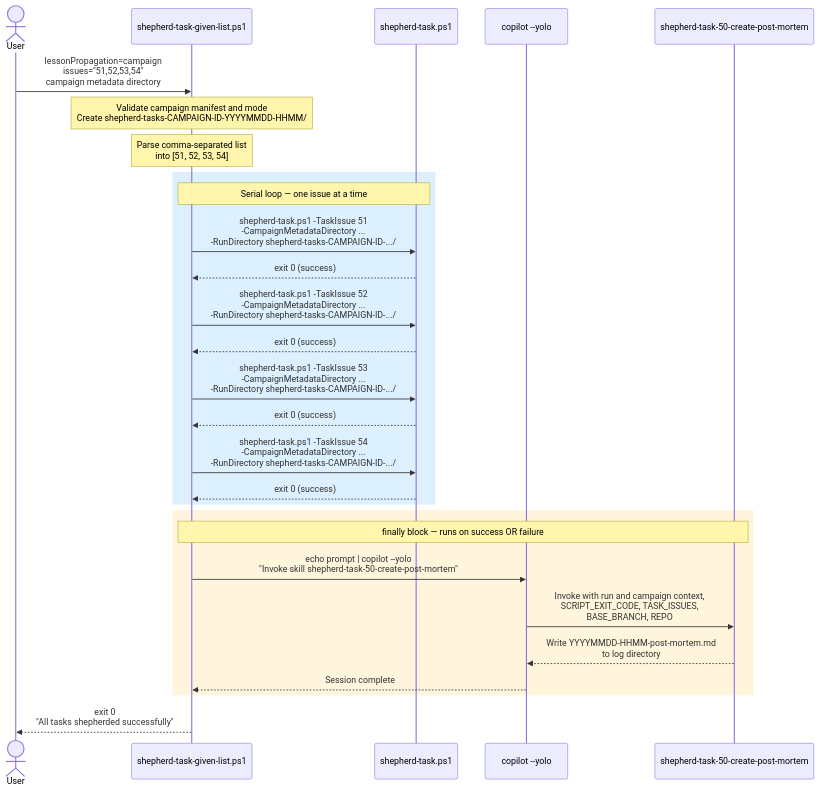
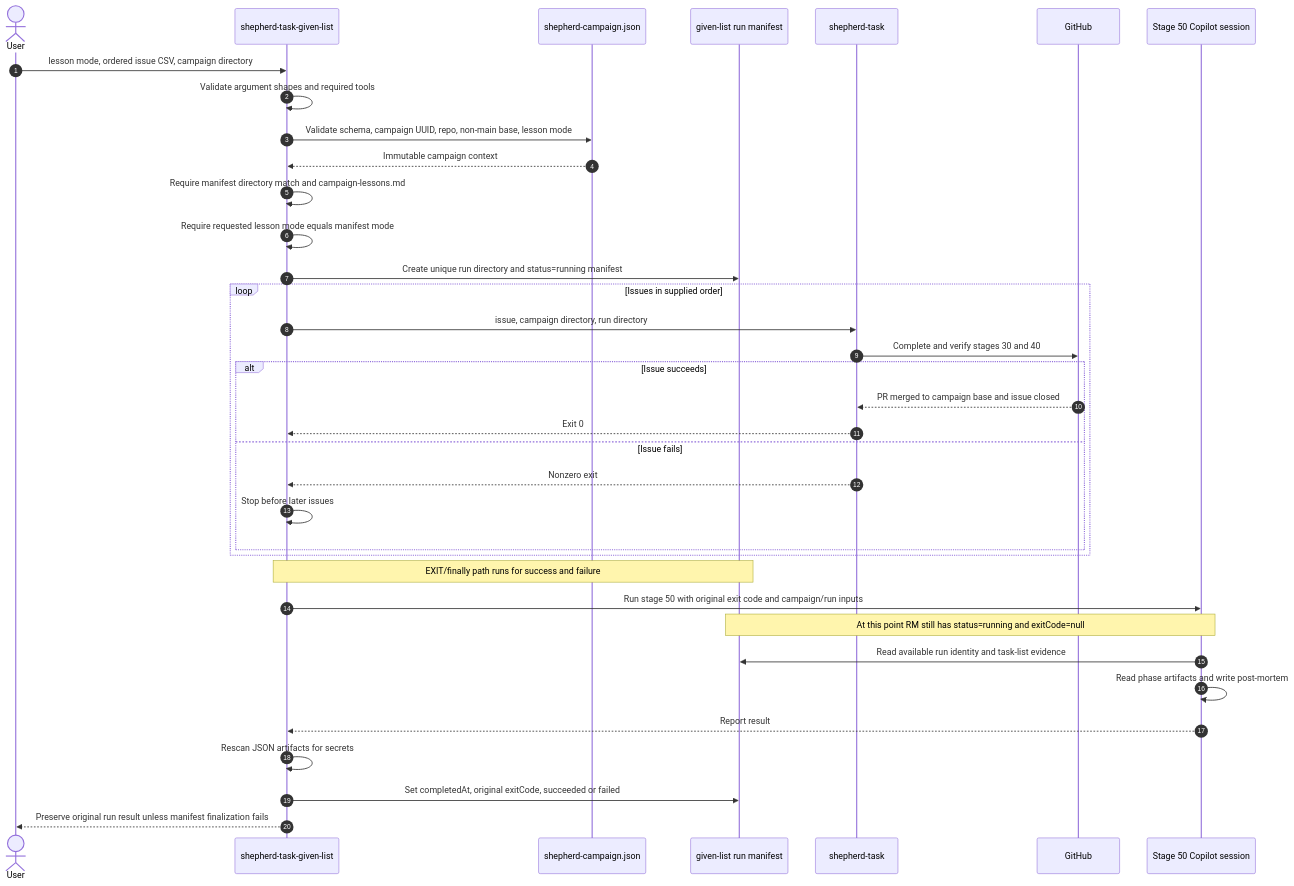
One commit to github/awesome-copilot changed the diagram in plugins/shepherd-task/figure-01-shepherd-task-given-list.md. Above: the diagram before and after it, drawn with Mermaid. The commit also changed other lines of this file and 5 other files, not shown here.

First line of the commit message:
docs: rewrite shepherd-task guide

````diff
--- a/plugins/shepherd-task/figure-01-shepherd-task-given-list.md
+++ b/plugins/shepherd-task/figure-01-shepherd-task-given-list.md
@@ -13,39 +7,41 @@
 ```mermaid
 sequenceDiagram
+    autonumber
     actor User
-    participant STGL as shepherd-task-given-list.ps1
-    participant ST as shepherd-task.ps1
-    participant Copilot as copilot --yolo
-    participant PostMortem as shepherd-task-50-create-post-mortem
+    participant GL as shepherd-task-given-list
+    participant CM as shepherd-campaign.json
+    participant RM as given-list run manifest
+    participant ST as shepherd-task
+    participant GH as GitHub
+    participant PM as Stage 50 Copilot session
 
-    User->>STGL: lessonPropagation=campaign<br/>issues="51,52,53,54"<br/>campaign metadata directory
+    User->>GL: lesson mode, ordered issue CSV, campaign directory
+    GL->>GL: Validate argument shapes and required tools
+    GL->>CM: Validate schema, campaign UUID, repo, non-main base, lesson mode
+    CM-->>GL: Immutable campaign context
+    GL->>GL: Require manifest directory match and campaign-lessons.md
+    GL->>GL: Require requested lesson mode equals manifest mode
+    GL->>RM: Create unique run directory and status=running manifest
 
-    Note over STGL: Validate campaign manifest and mode<br/>Create shepherd-tasks-CAMPAIGN-ID-YYYYMMDD-HHMM/
-
-    Note over STGL: Parse comma-separated list<br/>into [51, 52, 53, 54]
-
-    rect rgb(220, 240, 255)
-        Note over STGL,ST: Serial loop — one issue at a time
-        STGL->>ST: shepherd-task.ps1 -TaskIssue 51<br/>-CampaignMetadataDirectory ...<br/>-RunDirectory shepherd-tasks-CAMPAIGN-ID-.../
-        ST-->>STGL: exit 0 (success)
-
-        STGL->>ST: shepherd-task.ps1 -TaskIssue 52<br/>-CampaignMetadataDirectory ...<br/>-RunDirectory shepherd-tasks-CAMPAIGN-ID-.../
-        ST-->>STGL: exit 0 (success)
-
-        STGL->>ST: shepherd-task.ps1 -TaskIssue 53<br/>-CampaignMetadataDirectory ...<br/>-RunDirectory shepherd-tasks-CAMPAIGN-ID-.../
-        ST-->>STGL: exit 0 (success)
-
-        STGL->>ST: shepherd-task.ps1 -TaskIssue 54<br/>-CampaignMetadataDirectory ...<br/>-RunDirectory shepherd-tasks-CAMPAIGN-ID-.../
-        ST-->>STGL: exit 0 (success)
+    loop Issues in supplied order
+        GL->>ST: issue, campaign directory, run directory
+        ST->>GH: Complete and verify stages 30 and 40
+        alt Issue succeeds
+            GH-->>ST: PR merged to campaign base and issue closed
+            ST-->>GL: Exit 0
+        else Issue fails
+            ST-->>GL: Nonzero exit
+            GL->>GL: Stop before later issues
+        end
     end
 
-    rect rgb(255, 245, 220)
-        Note over STGL,PostMortem: finally block — runs on success OR failure
-        STGL->>Copilot: echo prompt | copilot --yolo<br/>"Invoke skill shepherd-task-50-create-post-mortem"
-        Copilot->>PostMortem: Invoke with run and campaign context,<br/>SCRIPT_EXIT_CODE, TASK_ISSUES,<br/>BASE_BRANCH, REPO
-        PostMortem-->>Copilot: Write YYYYMMDD-HHMM-post-mortem.md<br/>to log directory
-        Copilot-->>STGL: Session complete
-    end
-
-    STGL-->>User: exit 0<br/>"All tasks shepherded successfully"
+    Note over GL,RM: EXIT/finally path runs for success and failure
+    GL->>PM: Run stage 50 with original exit code and campaign/run inputs
+    Note over PM,RM: At this point RM still has status=running and exitCode=null
+    PM->>RM: Read available run identity and task-list evidence
+    PM->>PM: Read phase artifacts and write post-mortem
+    PM-->>GL: Report result
+    GL->>GL: Rescan JSON artifacts for secrets
+    GL->>RM: Set completedAt, original exitCode, succeeded or failed
+    GL-->>User: Preserve original run result unless manifest finalization fails
 ```
````
